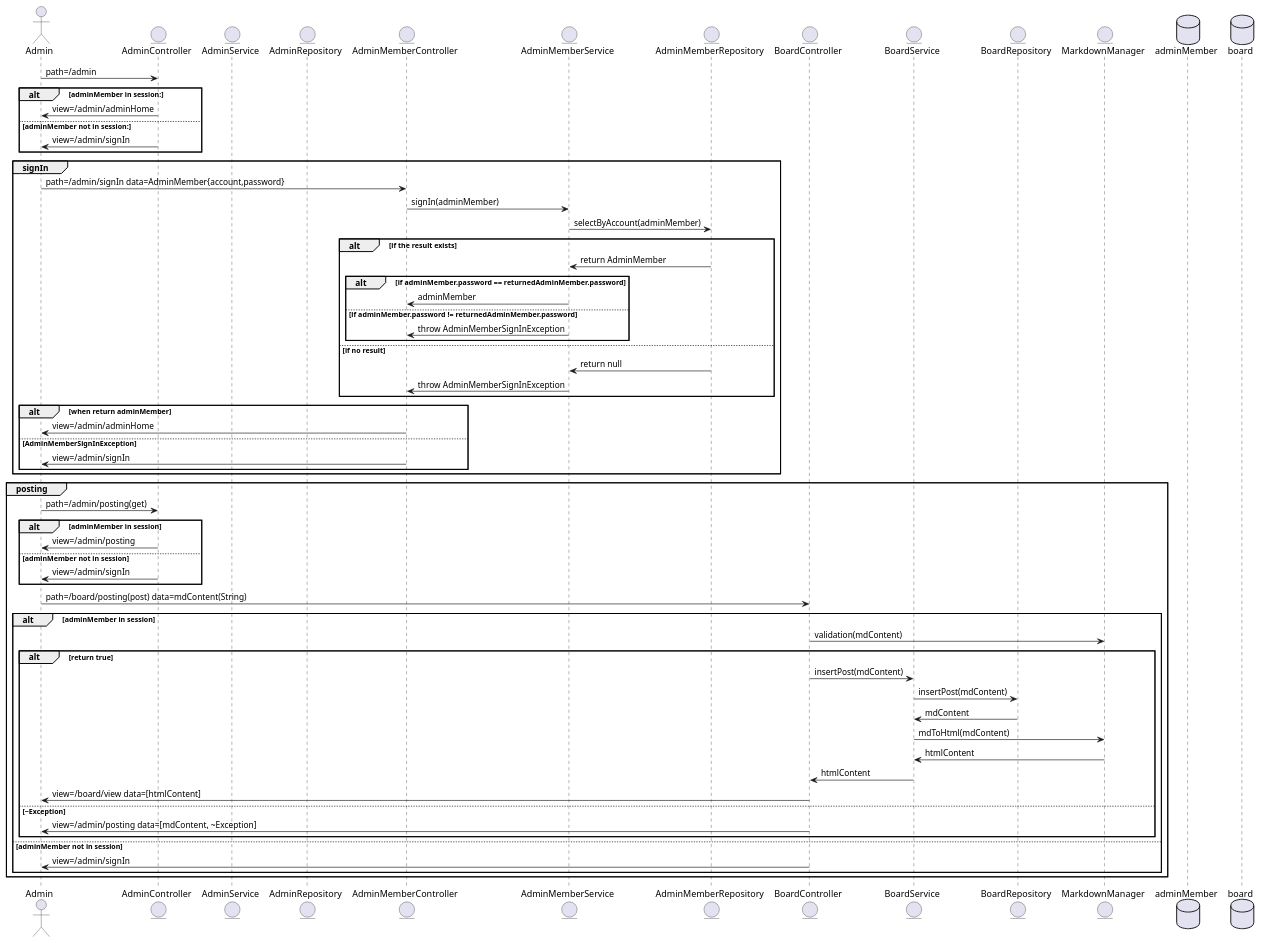
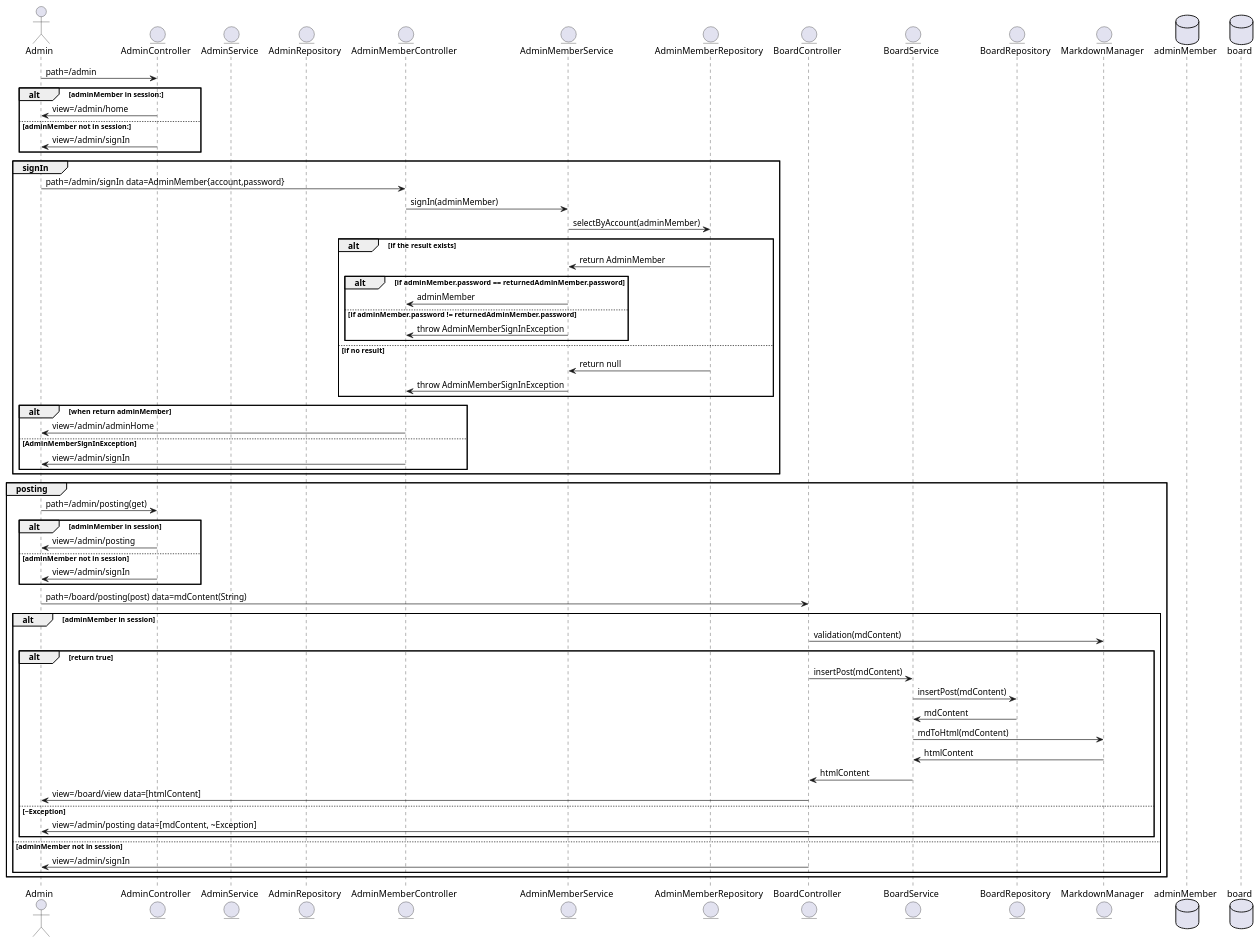
The diagram in adminUml.plantuml (nologger/blog), drawn with PlantUML before and after one commit. The commit also changed 39 other files, not shown here.

```diff
--- a/adminUml.plantuml
+++ b/adminUml.plantuml
@@ -1,79 +1,79 @@
 @startuml adminUrl
 
 actor Admin
 entity AdminController
 entity AdminService
 entity AdminRepository
 
 entity AdminMemberController
 entity AdminMemberService
 entity AdminMemberRepository
 
 entity BoardController
 entity BoardService
 entity BoardRepository
 
 entity MarkdownManager
 
 database adminMember
 database board
 
 Admin -> AdminController : path=/admin
 alt adminMember in session:
-    Admin <- AdminController : view=/admin/adminHome
+    Admin <- AdminController : view=/admin/home
 else adminMember not in session:
     Admin <- AdminController : view=/admin/signIn
 end
 
 group signIn
     Admin -> AdminMemberController : path=/admin/signIn data=AdminMember{account,password}
     AdminMemberController -> AdminMemberService : signIn(adminMember)
     AdminMemberService -> AdminMemberRepository : selectByAccount(adminMember)
 
     alt if the result exists
         AdminMemberService <- AdminMemberRepository : return AdminMember
         alt if adminMember.password == returnedAdminMember.password
             AdminMemberController <- AdminMemberService : adminMember
         else if adminMember.password != returnedAdminMember.password
             AdminMemberController <- AdminMemberService : throw AdminMemberSignInException
         end
     else if no result
         AdminMemberService <- AdminMemberRepository : return null
         AdminMemberController <- AdminMemberService : throw AdminMemberSignInException
     end
 
     alt when return adminMember
         Admin <- AdminMemberController : view=/admin/adminHome
     else AdminMemberSignInException
         Admin <- AdminMemberController : view=/admin/signIn
     end
 end
 
 group posting
     Admin -> AdminController : path=/admin/posting(get)
     alt adminMember in session
         Admin <- AdminController : view=/admin/posting
     else adminMember not in session
         Admin <- AdminController : view=/admin/signIn
     end
 
     Admin -> BoardController : path=/board/posting(post) data=mdContent(String)
     alt adminMember in session
         BoardController -> MarkdownManager : validation(mdContent)
         alt return true
             BoardController -> BoardService : insertPost(mdContent)
             BoardService -> BoardRepository : insertPost(mdContent)
             BoardService <- BoardRepository : mdContent 
             BoardService -> MarkdownManager : mdToHtml(mdContent)
             BoardService <- MarkdownManager : htmlContent
             BoardController <- BoardService : htmlContent
             Admin <- BoardController : view=/board/view data=[htmlContent]
         else ~Exception
             Admin <- BoardController : view=/admin/posting data=[mdContent, ~Exception]
         end
     else adminMember not in session
         Admin <- BoardController : view=/admin/signIn
     end
 end
 
 @enduml
```
